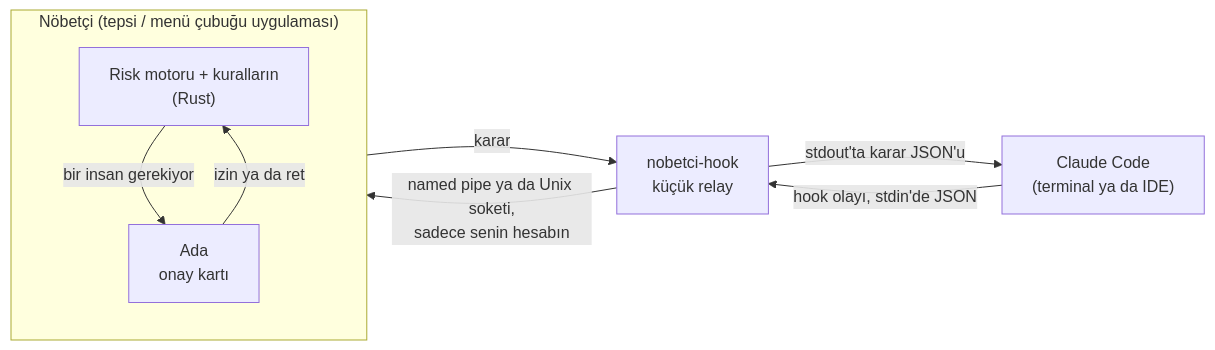
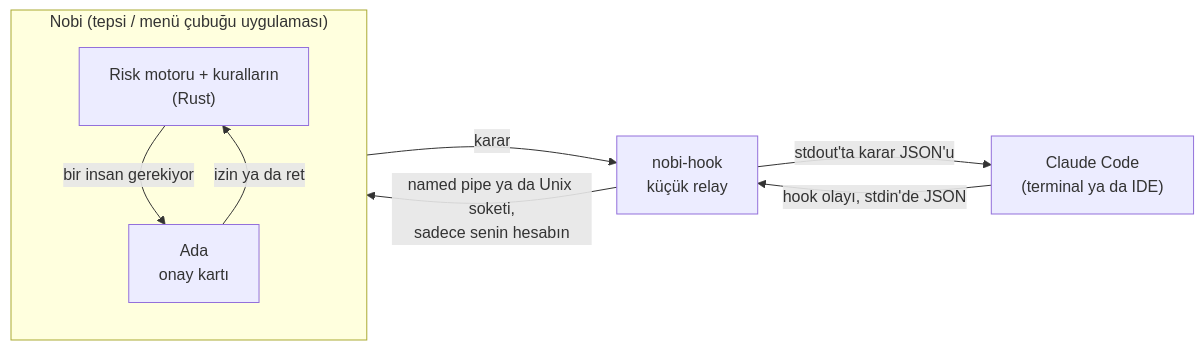
The diagram in README.tr.md (tahap0l/nobetci), drawn with Mermaid before and after one commit. The commit also changed other lines of this file and 197 other files, not shown here.

First line of the commit message:
Rename Nöbetçi to Nobi (3.0.0) with automatic migration (#41)

````diff
--- a/README.tr.md
+++ b/README.tr.md
@@ -170,16 +172,16 @@
 ```mermaid
 flowchart LR
     CC["Claude Code<br/>(terminal ya da IDE)"]
-    R["nobetci-hook<br/>küçük relay"]
-    subgraph APP["Nöbetçi (tepsi / menü çubuğu uygulaması)"]
+    R["nobi-hook<br/>küçük relay"]
+    subgraph APP["Nobi (tepsi / menü çubuğu uygulaması)"]
         direction TB
         E["Risk motoru + kuralların<br/>(Rust)"]
         I["Ada<br/>onay kartı"]
     end
     CC -- "hook olayı, stdin'de JSON" --> R
     R -- "named pipe ya da Unix soketi,<br/>sadece senin hesabın" --> E
     E -- "bir insan gerekiyor" --> I
     I -- "izin ya da ret" --> E
     E -- "karar" --> R
     R -- "stdout'ta karar JSON'u" --> CC
 ```
````
